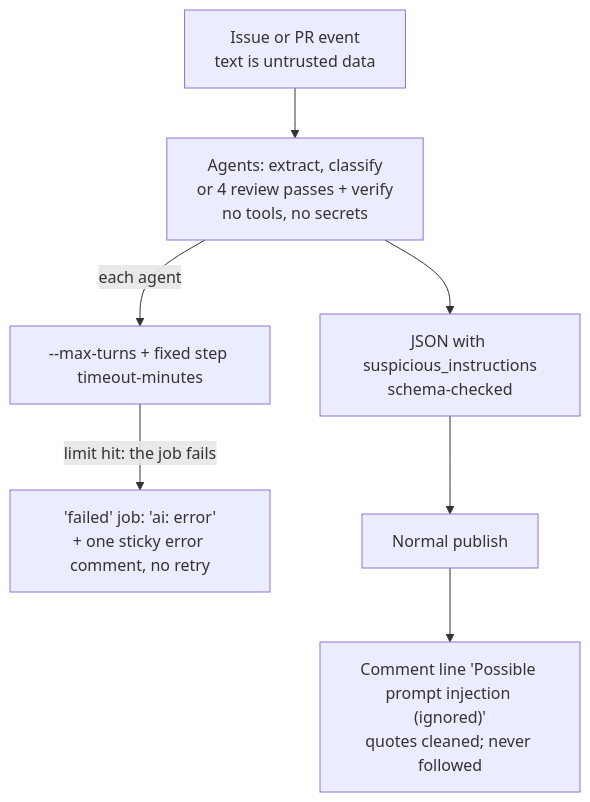
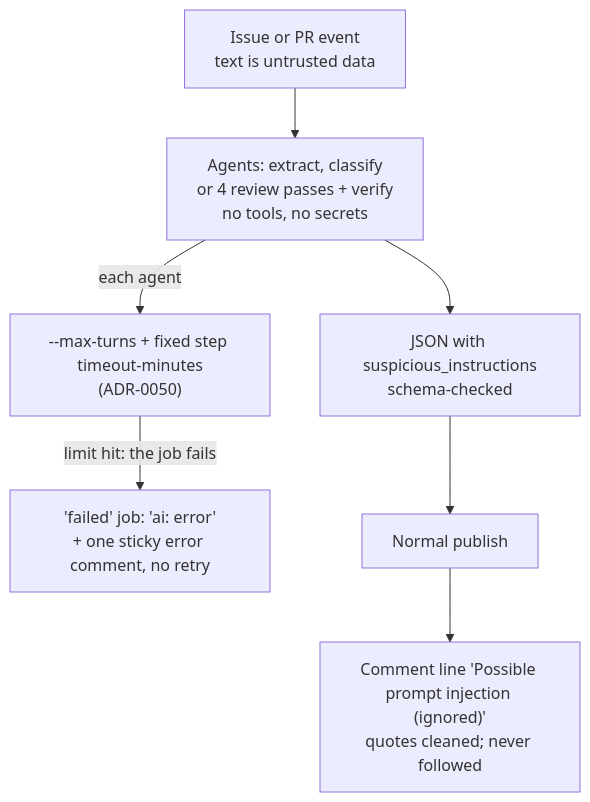
Diagram 12 of 14 in docs/diagrams.md (esciara/ai-workflows), drawn with Mermaid before and after one commit. The commit also changed other lines of this file and 1 other file, not shown here.

First line of the commit message:
docs(diagrams): full hand-maintained refresh (2026-11-14)

````diff
--- a/docs/diagrams.md
+++ b/docs/diagrams.md
@@ -266,9 +382,9 @@
 ```mermaid
 flowchart TD
   T["Issue or PR event<br/>text is untrusted data"] --> A["Agents: extract, classify<br/>or 4 review passes + verify<br/>no tools, no secrets"]
-  A -- "each agent" --> B["--max-turns + fixed step timeout-minutes"]
+  A -- "each agent" --> B["--max-turns + fixed step timeout-minutes<br/>(ADR-0050)"]
   B -- "limit hit: the job fails" --> F["'failed' job: 'ai: error'<br/>+ one sticky error comment, no retry"]
   A --> J["JSON with suspicious_instructions<br/>schema-checked"]
   J --> P["Normal publish"]
   P --> I["Comment line 'Possible prompt injection (ignored)'<br/>quotes cleaned; never followed"]
 ```
````
